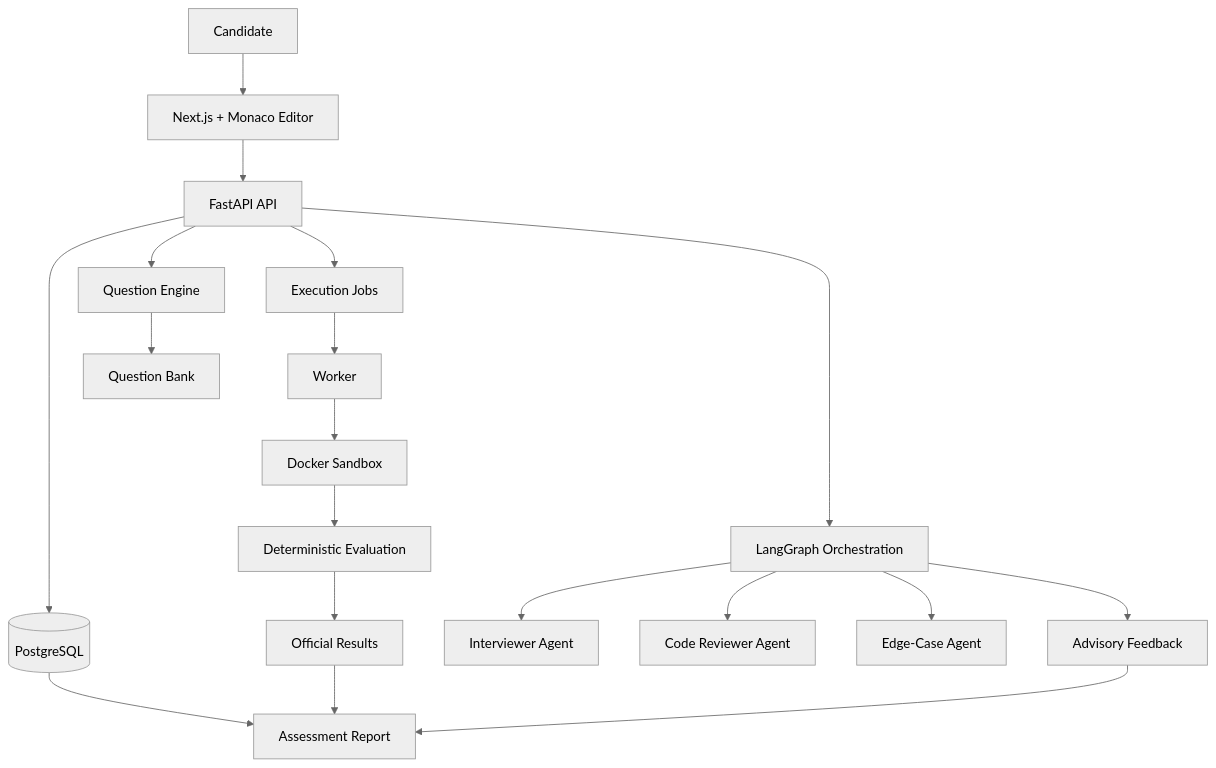
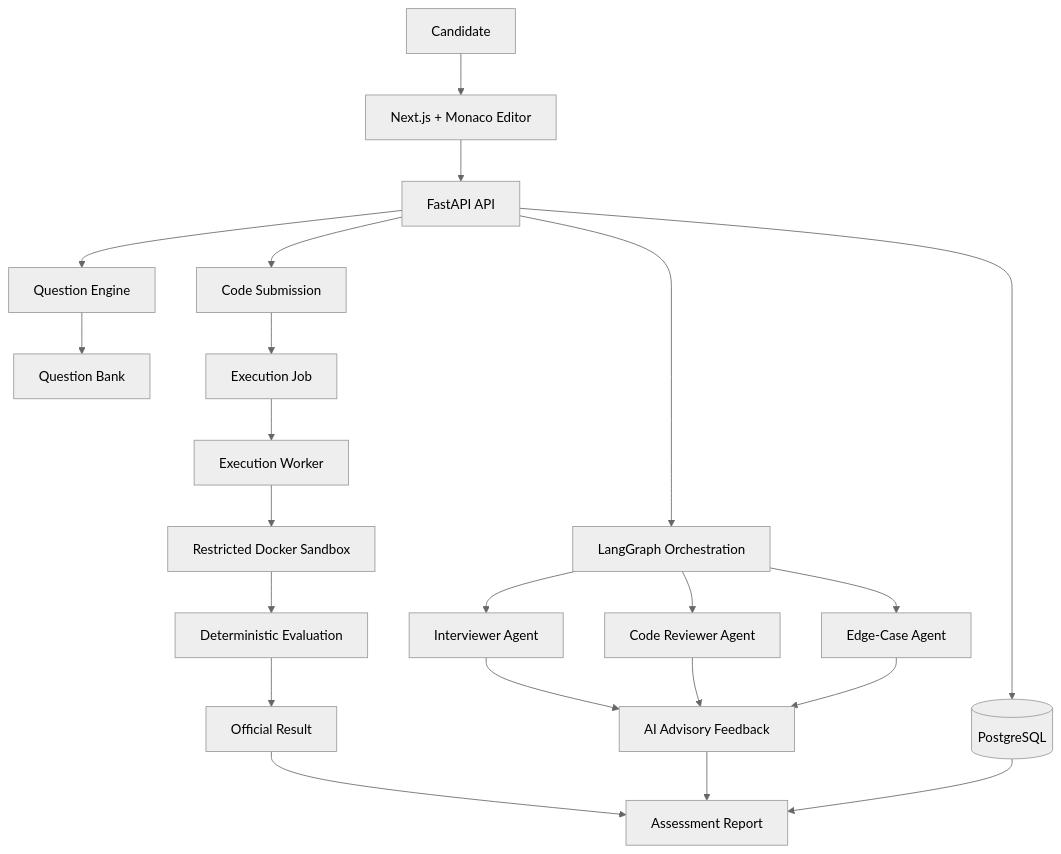
Before and after one commit to AbhishekkASR/MATACSS: the diagram in README.md, drawn with Mermaid (neutral theme). The commit also changed other lines of this file, not shown here.

````diff
--- a/README.md
+++ b/README.md
@@ -34,21 +86,29 @@
-```mermaid
+``` mermaid
 flowchart TD
-    Candidate --> Frontend[Next.js + Monaco Editor]
+    Candidate[Candidate] --> Frontend[Next.js + Monaco Editor]
     Frontend --> API[FastAPI API]
+
     API --> DB[(PostgreSQL)]
     API --> Engine[Question Engine]
     Engine --> Bank[Question Bank]
-    API --> Jobs[Execution Jobs]
-    Jobs --> Worker[Worker]
-    Worker --> Sandbox[Docker Sandbox]
-    Sandbox --> Eval[Deterministic Evaluation]
-    Eval --> Results[Official Results]
+
+    API --> Submission[Code Submission]
+    Submission --> Job[Execution Job]
+    Job --> Worker[Execution Worker]
+    Worker --> Sandbox[Restricted Docker Sandbox]
+    Sandbox --> Evaluation[Deterministic Evaluation]
+    Evaluation --> Result[Official Result]
+
     API --> Graph[LangGraph Orchestration]
     Graph --> Interviewer[Interviewer Agent]
     Graph --> Reviewer[Code Reviewer Agent]
-    Graph --> Edge[Edge-Case Agent]
-    Graph --> Feedback[Advisory Feedback]
-    Feedback --> Report[Assessment Report]
-    Results --> Report
+    Graph --> EdgeCases[Edge-Case Agent]
+
+    Interviewer --> Feedback[AI Advisory Feedback]
+    Reviewer --> Feedback
+    EdgeCases --> Feedback
+
+    Result --> Report[Assessment Report]
+    Feedback --> Report
     DB --> Report
 ```
````
